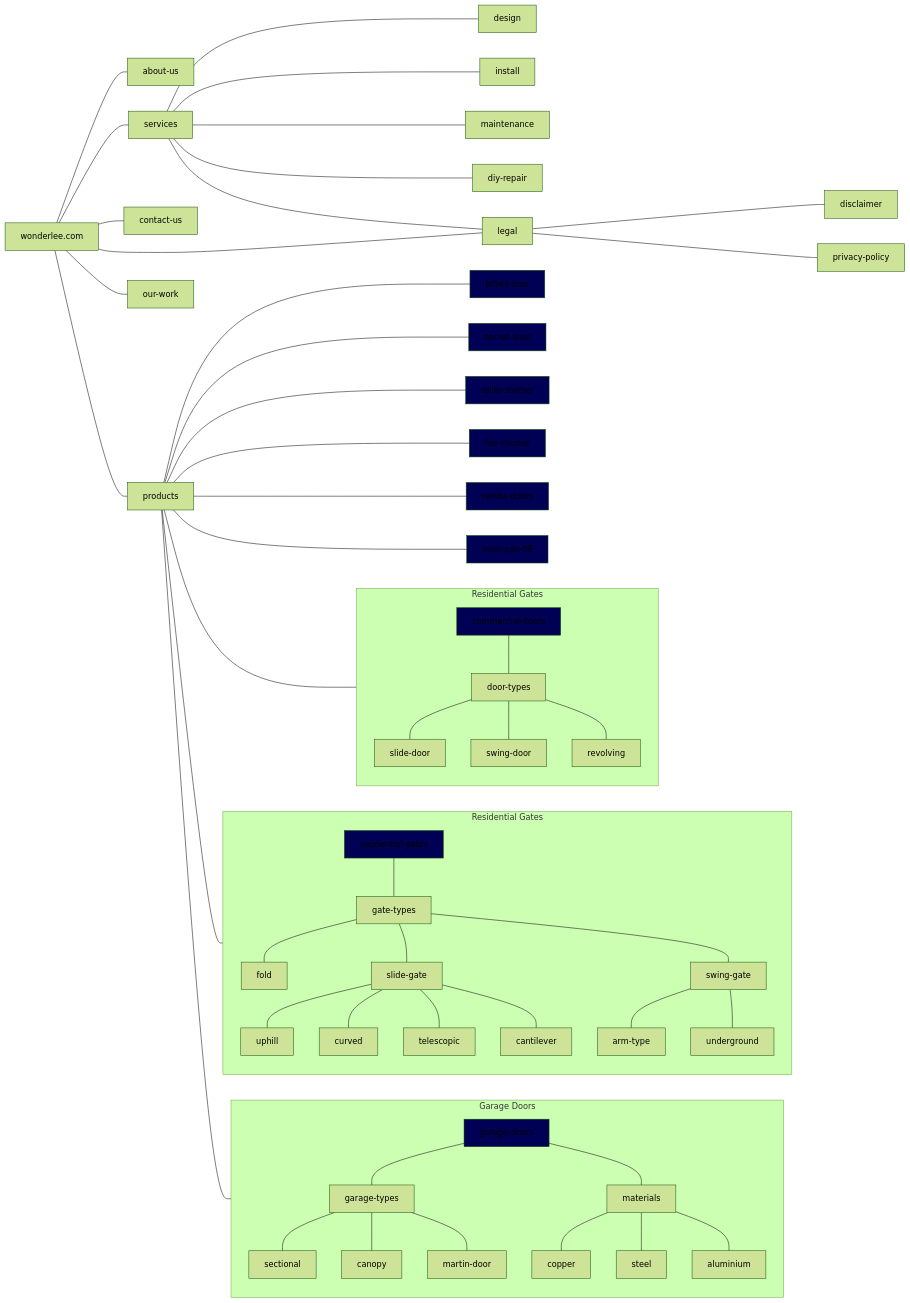
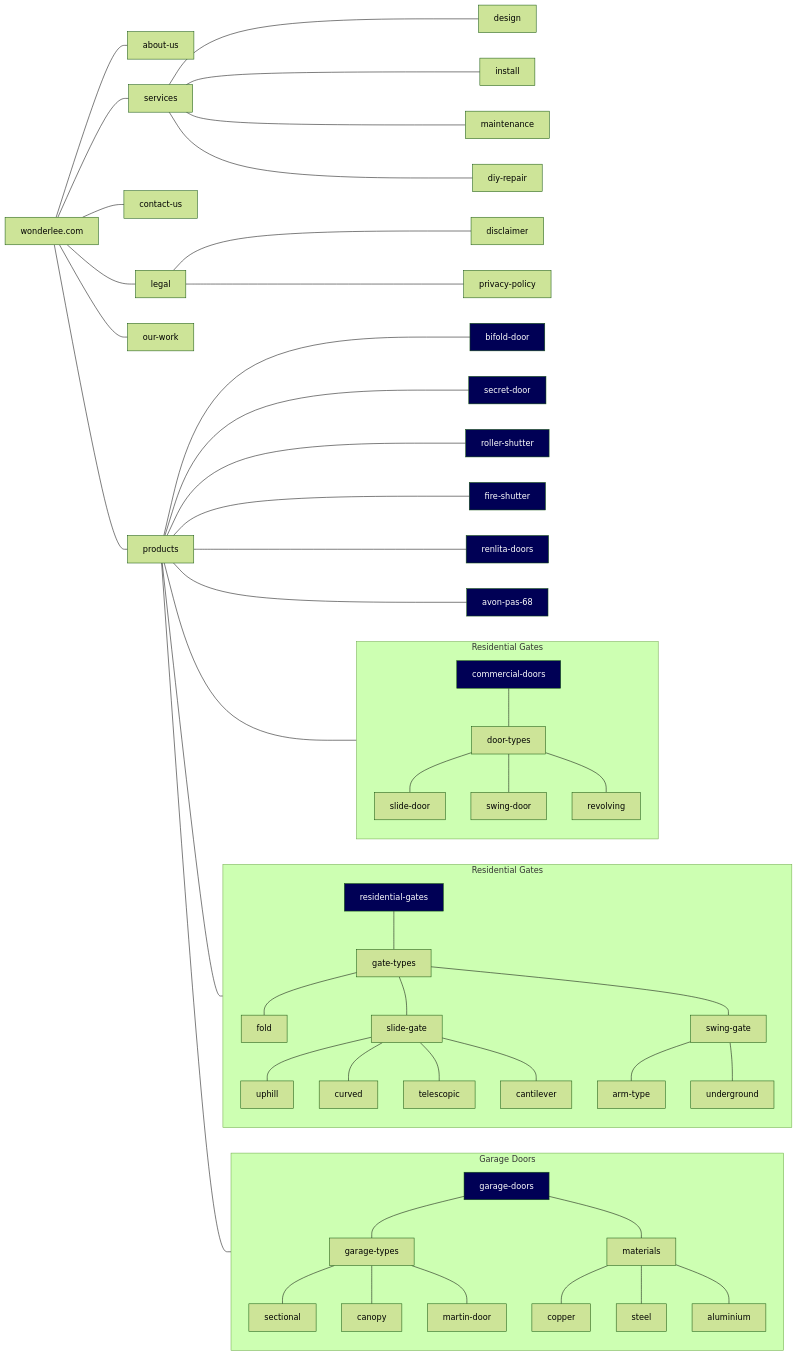
One commit to startino/futino changed the diagram in apps/wonderlee/static/new_wonderlee_sitemap.md. Above: the diagram before and after it, drawn with Mermaid (forest theme). The commit also changed 14 other files, not shown here.

````diff
--- a/apps/wonderlee/static/new_wonderlee_sitemap.md
+++ b/apps/wonderlee/static/new_wonderlee_sitemap.md
@@ -1,42 +1,41 @@
 ```mermaid
 flowchart LR
     domain["wonderlee.com"] --- about-us & services & contact-us & legal & our-work & products
     products --- garage-doors:::page
     subgraph "Garage Doors"
         direction TB
         garage-doors --- garage-types
         garage-types --- sectional & canopy & martin-door
         garage-doors --- materials
         materials --- copper & steel & aluminium
     end
     products --- residential-gates:::page
     subgraph "Residential Gates"
         direction TB
         residential-gates --- gate-types
         gate-types --- fold & slide-gate & swing-gate
         slide-gate --- uphill & curved & telescopic & cantilever
         swing-gate --- arm-type & underground
     end
     products --- commercial-doors:::page
      subgraph "Residential Gates"
         direction TB
         commercial-doors --- door-types
         door-types ---  slide-door & swing-door & revolving
     end
     products --- bifold-door:::page
     products --- secret-door:::page
     products --- roller-shutter:::page
     products --- fire-shutter:::page
     products --- renlita-doors:::page
     products --- avon-pas-68:::page
     services --- design
     services --- install
     services --- maintenance
     services --- diy-repair
-    services --- 
     legal --- disclaimer
     legal --- privacy-policy
 
     classDef section fill:#005500
-    classDef page fill:#000055
+    classDef page fill:#000055,color:#fff
 ```
````
